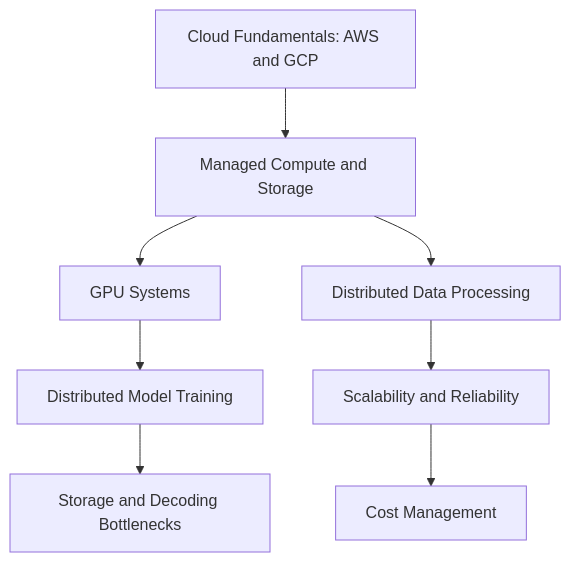
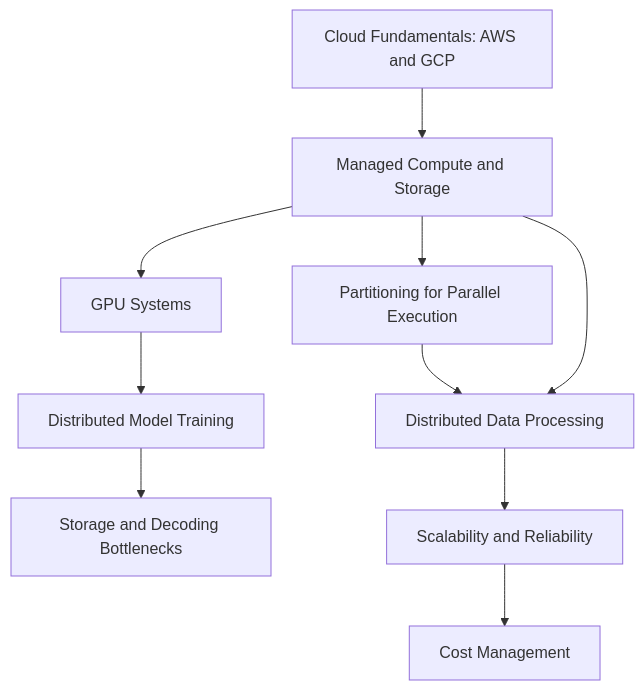
One commit to tilt/data-science-wiki changed the diagram in content/15-cloud-and-distributed-systems/index.md. Above: the diagram before and after it, drawn with Mermaid. The commit also changed other lines of this file and 24 other files, not shown here.

````diff
--- a/content/15-cloud-and-distributed-systems/index.md
+++ b/content/15-cloud-and-distributed-systems/index.md
@@ -42,10 +43,12 @@
 ```mermaid
 flowchart TD
   Cloud[Cloud Fundamentals: AWS and GCP] --> Managed[Managed Compute and Storage]
+  Managed --> Partitioning[Partitioning for Parallel Execution]
   Managed --> GPU[GPU Systems]
   GPU --> DistTrain[Distributed Model Training]
+  Partitioning --> DistData[Distributed Data Processing]
   Managed --> DistData[Distributed Data Processing]
   DistTrain --> Bottleneck[Storage and Decoding Bottlenecks]
   DistData --> Scale[Scalability and Reliability]
   Scale --> Cost[Cost Management]
 ```
````
